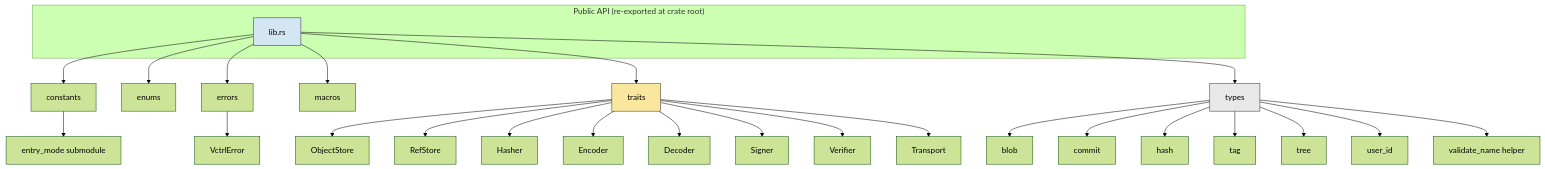
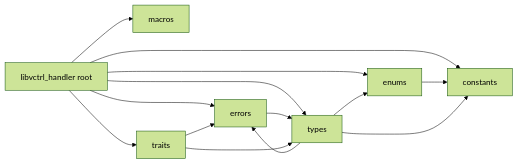
The second of 4 diagrams in libvctrl_handler/README.md (mroczect/libvctrl), drawn with Mermaid (forest theme) before and after one commit. The commit also changed other lines of this file and 4 other files, not shown here.

````diff
--- a/libvctrl_handler/README.md
+++ b/libvctrl_handler/README.md
@@ -22,37 +102,25 @@
 ```mermaid
-graph TD
-    subgraph "Public API (re‑exported at crate root)"
-        ROOT[lib.rs]
-    end
+graph LR
+    ROOT[libvctrl_handler root]
+    CONSTANTS[constants]
+    ENUMS[enums]
+    ERRORS[errors]
+    MACROS[macros]
+    TYPES[types]
+    TRAITS[traits]
 
-    ROOT --> CONST[constants]
-    ROOT --> ENUM[enums]
-    ROOT --> ERR[errors]
-    ROOT --> MACRO[macros]
-    ROOT --> TRAITS[traits]
-    ROOT --> TYPES[types]
+    ROOT --> CONSTANTS
+    ROOT --> ENUMS
+    ROOT --> ERRORS
+    ROOT --> MACROS
+    ROOT --> TYPES
+    ROOT --> TRAITS
 
-    TYPES --> BLOB[blob]
-    TYPES --> COMMIT[commit]
-    TYPES --> HASH[hash]
-    TYPES --> TAG[tag]
-    TYPES --> TREE[tree]
-    TYPES --> USERID[user_id]
-    TYPES --> VALIDATE[validate_name helper]
-
-    TRAITS --> OBJSTORE[ObjectStore]
-    TRAITS --> REFSTORE[RefStore]
-    TRAITS --> HASHER[Hasher]
-    TRAITS --> ENCODER[Encoder]
-    TRAITS --> DECODER[Decoder]
-    TRAITS --> SIGNER[Signer]
-    TRAITS --> VERIFIER[Verifier]
-    TRAITS --> TRANSPORT[Transport]
-
-    ERR --> ERR_TYPE[VctrlError]
-    CONST --> ENTRY_MODE[entry_mode submodule]
-
-    style ROOT fill:#d4e6f1,stroke:#333
-    style TYPES fill:#e8e8e8,stroke:#333
-    style TRAITS fill:#f9e79f,stroke:#333
+    ENUMS --> CONSTANTS
+    ERRORS --> TYPES
+    TYPES --> CONSTANTS
+    TYPES --> ENUMS
+    TYPES --> ERRORS
+    TRAITS --> TYPES
+    TRAITS --> ERRORS
 ```
````
